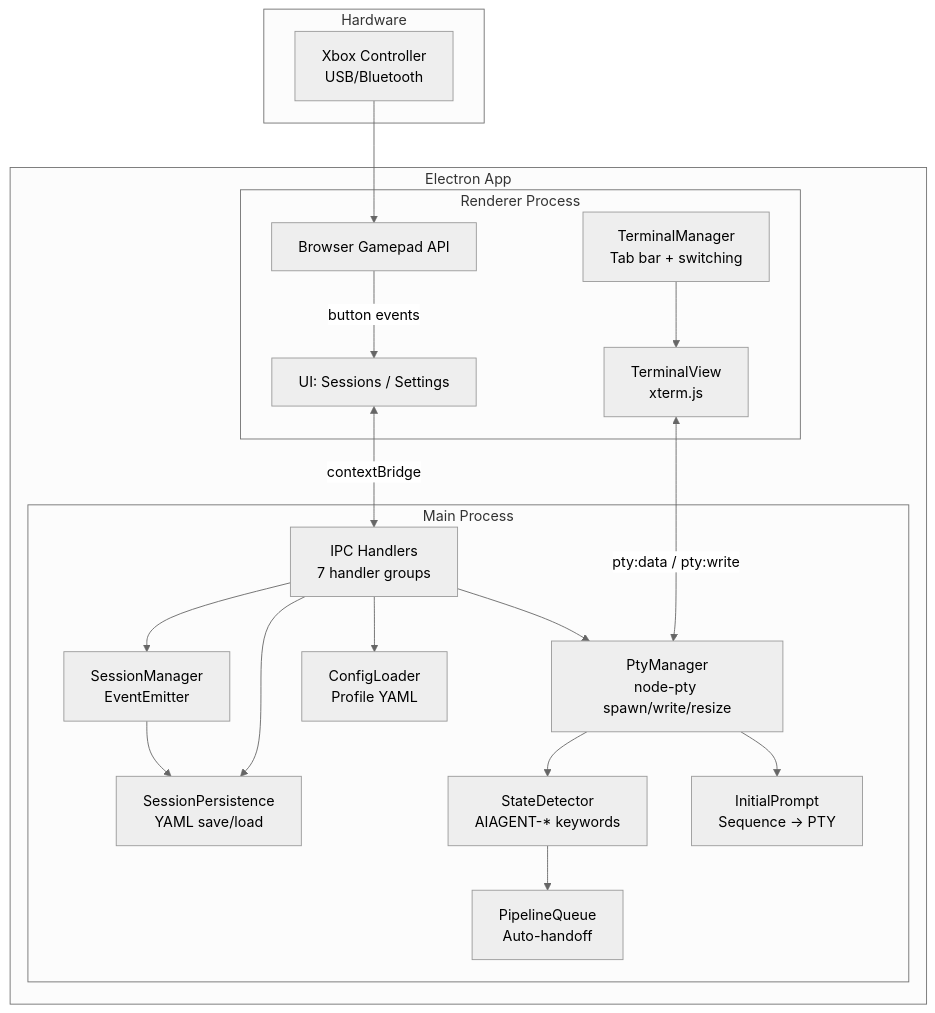
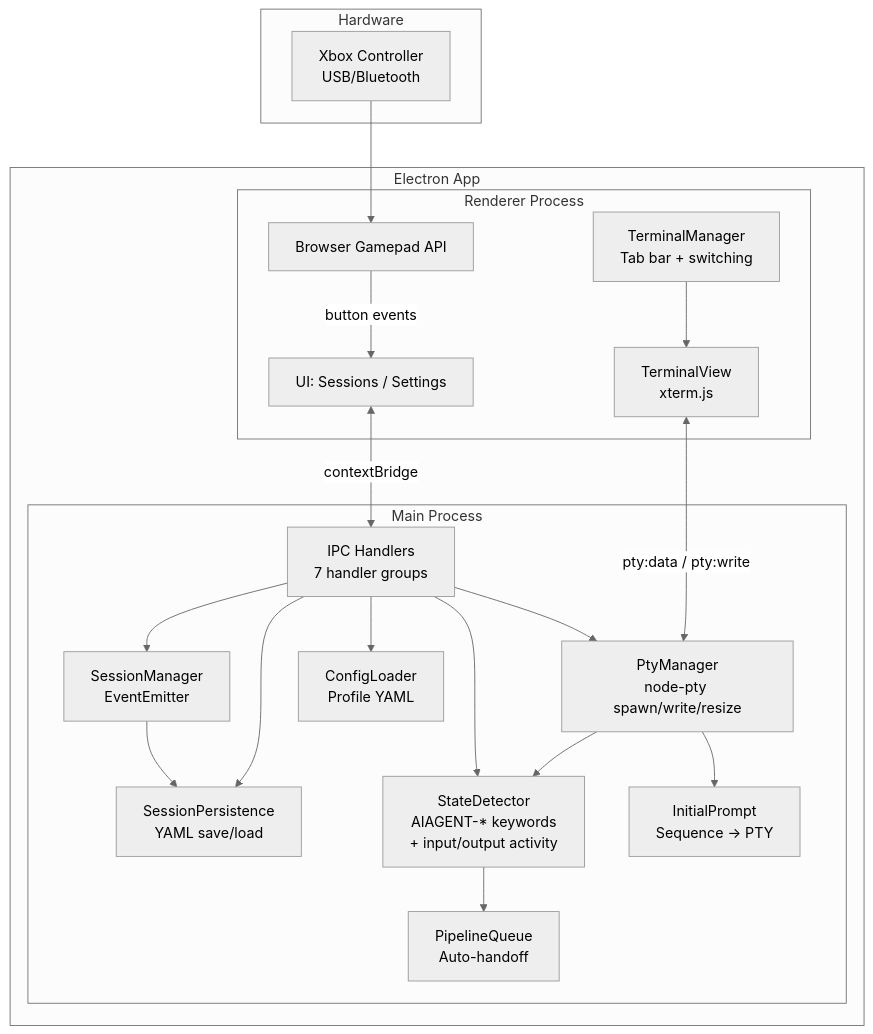
The diagram in CLAUDE.md (PetePeter/gamepad-cli-hub), drawn with Mermaid (neutral theme) before and after one commit. The commit also changed other lines of this file and 6 other files, not shown here.

````diff
--- a/CLAUDE.md
+++ b/CLAUDE.md
@@ -9,41 +9,42 @@
 ```mermaid
 graph TB
     subgraph Hardware
         XC[Xbox Controller<br/>USB/Bluetooth]
     end
 
     subgraph "Electron App"
         subgraph "Renderer Process"
             UI[UI: Sessions / Settings]
             BGA[Browser Gamepad API]
             TM[TerminalManager<br/>Tab bar + switching]
             TV[TerminalView<br/>xterm.js]
         end
 
         subgraph "Main Process"
             IPC[IPC Handlers<br/>7 handler groups]
             SM[SessionManager<br/>EventEmitter]
             SP[SessionPersistence<br/>YAML save/load]
             PTY[PtyManager<br/>node-pty spawn/write/resize]
-            SD[StateDetector<br/>AIAGENT-* keywords]
+            SD[StateDetector<br/>AIAGENT-* keywords<br/>+ input/output activity]
             PQ[PipelineQueue<br/>Auto-handoff]
             IP[InitialPrompt<br/>Sequence → PTY]
             CL[ConfigLoader<br/>Profile YAML]
         end
 
         UI <-->|contextBridge| IPC
         BGA -->|button events| UI
         TM --> TV
         TV <-->|pty:data / pty:write| PTY
     end
 
     XC --> BGA
     IPC --> SM
     IPC --> SP
     IPC --> PTY
     IPC --> CL
     SM --> SP
     PTY --> SD
+    IPC --> SD
     SD --> PQ
     PTY --> IP
 ```
````
